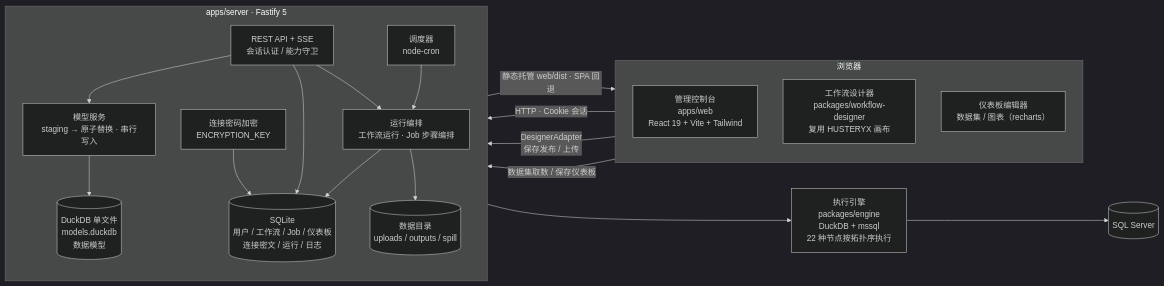
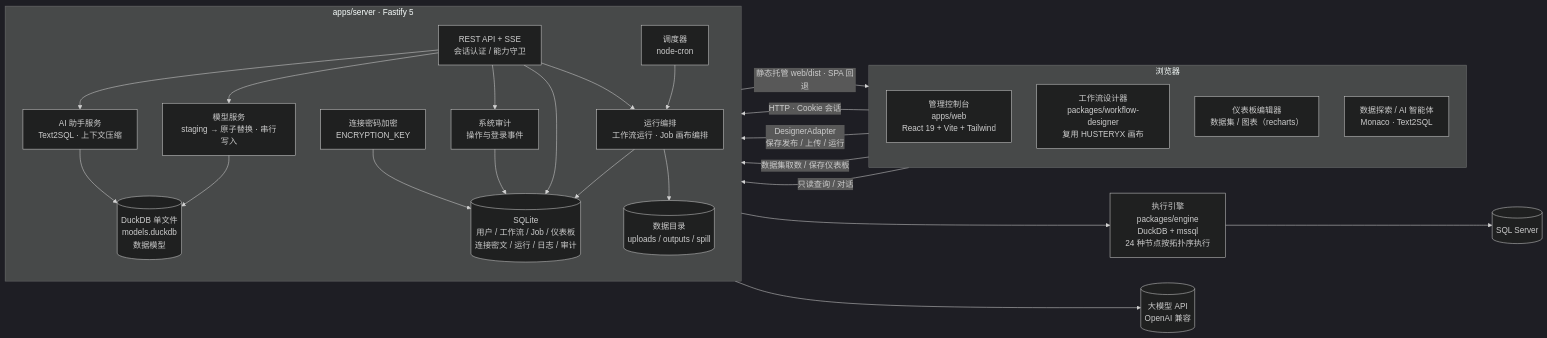
The diagram in README.md (microsoftbi/HUSTServer), drawn with Mermaid (dark theme) before and after one commit. The commit also changed other lines of this file and 110 other files, not shown here.

First line of the commit message:
feat: 界面主题与画布主题分离，首页新增审计趋势并改直线图，Job 改为全屏画布

````diff
--- a/README.md
+++ b/README.md
@@ -171,39 +211,49 @@
 ```mermaid
 flowchart LR
     subgraph Browser["浏览器"]
         direction TB
         Web["管理控制台<br/>apps/web<br/>React 19 + Vite + Tailwind"]
         Designer["工作流设计器<br/>packages/workflow-designer<br/>复用 HUSTERYX 画布"]
         BI["仪表板编辑器<br/>数据集 / 图表（recharts）"]
+        Explore["数据探索 / AI 智能体<br/>Monaco · Text2SQL"]
     end
 
     subgraph Server["apps/server · Fastify 5"]
         direction TB
         API["REST API + SSE<br/>会话认证 / 能力守卫"]
         Sched["调度器<br/>node-cron"]
-        Runner["运行编排<br/>工作流运行 · Job 步骤编排"]
+        Runner["运行编排<br/>工作流运行 · Job 画布编排"]
         Model["模型服务<br/>staging → 原子替换 · 串行写入"]
+        Assist["AI 助手服务<br/>Text2SQL · 上下文压缩"]
+        Audit["系统审计<br/>操作与登录事件"]
         Crypto["连接密码加密<br/>ENCRYPTION_KEY"]
-        DB[("SQLite<br/>用户 / 工作流 / Job / 仪表板<br/>连接密文 / 运行 / 日志")]
+        DB[("SQLite<br/>用户 / 工作流 / Job / 仪表板<br/>连接密文 / 运行 / 日志 / 审计")]
         Files[("数据目录<br/>uploads / outputs / spill")]
         Duck[("DuckDB 单文件<br/>models.duckdb<br/>数据模型")]
     end
 
-    Engine["执行引擎<br/>packages/engine<br/>DuckDB + mssql<br/>22 种节点按拓扑序执行"]
+    Engine["执行引擎<br/>packages/engine<br/>DuckDB + mssql<br/>24 种节点按拓扑序执行"]
     SQL[("SQL Server")]
+    LLM[("大模型 API<br/>OpenAI 兼容")]
 
     Server -->|"静态托管 web/dist · SPA 回退"| Web
     Web -->|"HTTP · Cookie 会话"| API
-    Designer -->|"DesignerAdapter<br/>保存发布 / 上传"| API
+    Designer -->|"DesignerAdapter<br/>保存发布 / 上传 / 运行"| API
     BI -->|"数据集取数 / 保存仪表板"| API
+    Explore -->|"只读查询 / 对话"| API
     Sched --> Runner
     API --> Runner
     Runner --> Engine
     API --> Model
     Model --> Duck
+    API --> Assist
+    Assist --> Duck
+    Assist --> LLM
+    API --> Audit
     Engine --> SQL
     Runner --> DB
     Runner --> Files
     API --> DB
+    Audit --> DB
     Crypto --> DB
 ```
````
